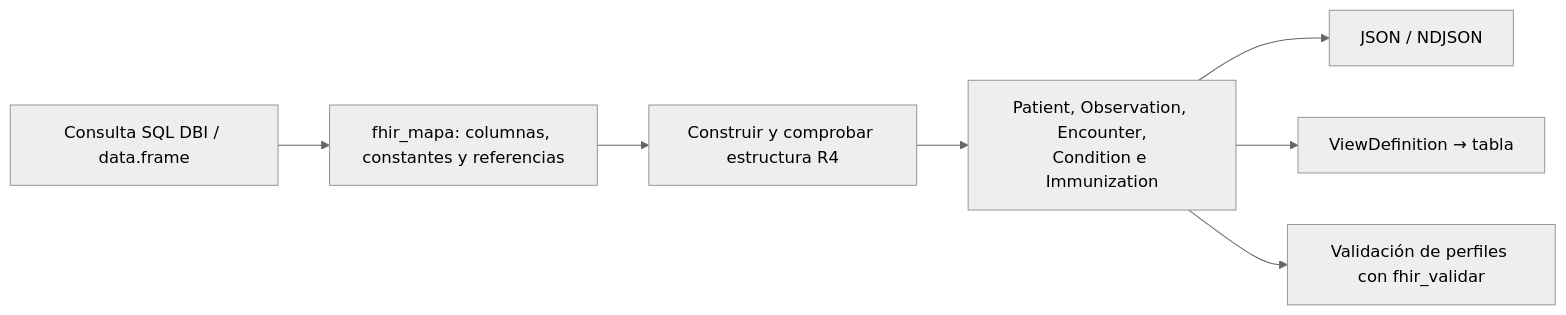
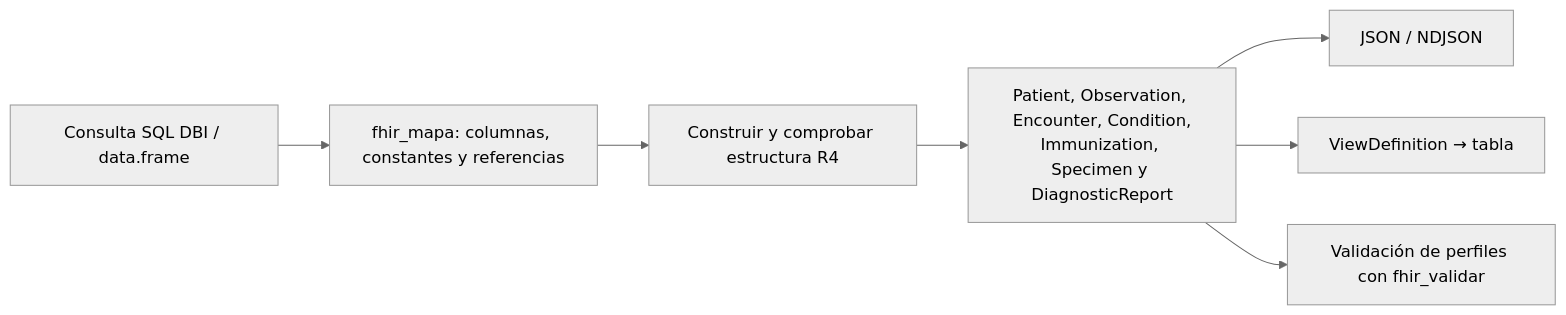
The ninth of 10 diagrams in README.md (f-slg/fhirviews), drawn with Mermaid (neutral theme) before and after one commit. The commit also changed other lines of this file and 41 other files, not shown here.

Commit message:
Add Specimen and DiagnosticReport R4 constructors with optional Rust component

````diff
--- a/README.md
+++ b/README.md
@@ -633,9 +638,9 @@
 ```mermaid
 flowchart LR
     DB["Consulta SQL DBI / data.frame"] --> M["fhir_mapa: columnas, constantes y referencias"]
     M --> CHECK["Construir y comprobar estructura R4"]
-    CHECK --> R["Patient, Observation, Encounter,<br/>Condition e Immunization"]
+    CHECK --> R["Patient, Observation, Encounter, Condition,<br/>Immunization, Specimen y DiagnosticReport"]
     R --> J["JSON / NDJSON"]
     R --> V["ViewDefinition → tabla"]
     R --> C["Validación de perfiles con fhir_validar"]
 ```
````
